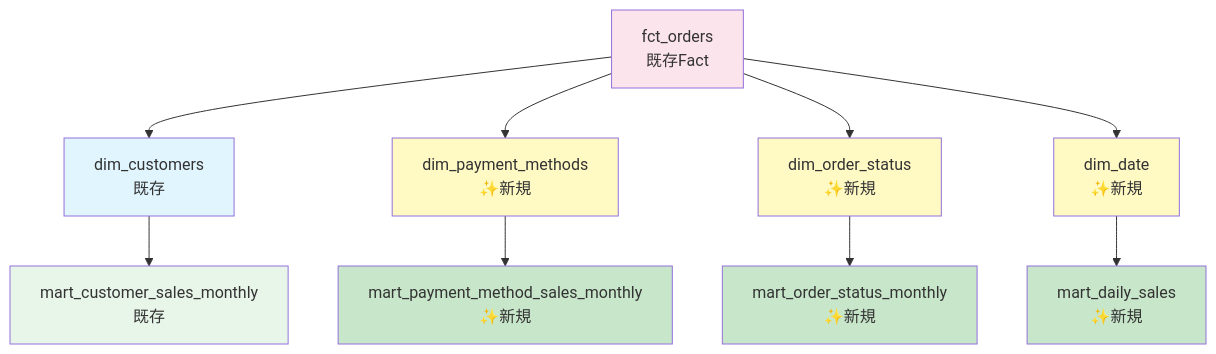
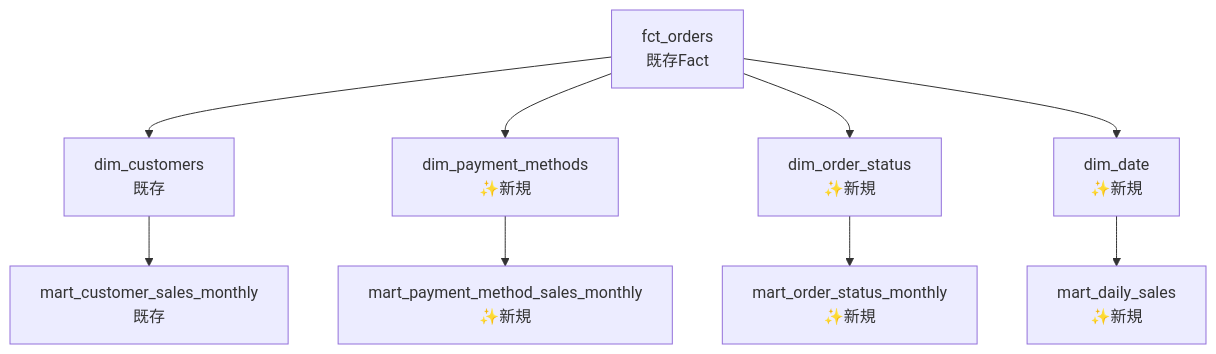
The second of 3 diagrams in content/Tech/dbt/tutorials/tutorial-03-expand-dimensions.md (1210yuichi0/1210yuichi0.github.io), drawn with Mermaid before and after one commit. The commit also changed other lines of this file and 22 other files, not shown here.

First line of the commit message:
style: remove Mermaid style directives for dark mode compatibility

````diff
--- a/content/Tech/dbt/tutorials/tutorial-03-expand-dimensions.md
+++ b/content/Tech/dbt/tutorials/tutorial-03-expand-dimensions.md
@@ -84,22 +81,13 @@
 ```mermaid
 flowchart TD
     A[fct_orders<br/>既存Fact] --> B[dim_customers<br/>既存]
     A --> C[dim_payment_methods<br/>✨新規]
     A --> D[dim_order_status<br/>✨新規]
     A --> E[dim_date<br/>✨新規]
 
     B --> F[mart_customer_sales_monthly<br/>既存]
     C --> G[mart_payment_method_sales_monthly<br/>✨新規]
     D --> H[mart_order_status_monthly<br/>✨新規]
     E --> I[mart_daily_sales<br/>✨新規]
 
-    style A fill:#fce4ec
-    style B fill:#e1f5fe
-    style C fill:#fff9c4
-    style D fill:#fff9c4
-    style E fill:#fff9c4
-    style F fill:#e8f5e9
-    style G fill:#c8e6c9
-    style H fill:#c8e6c9
-    style I fill:#c8e6c9
 ```
````
